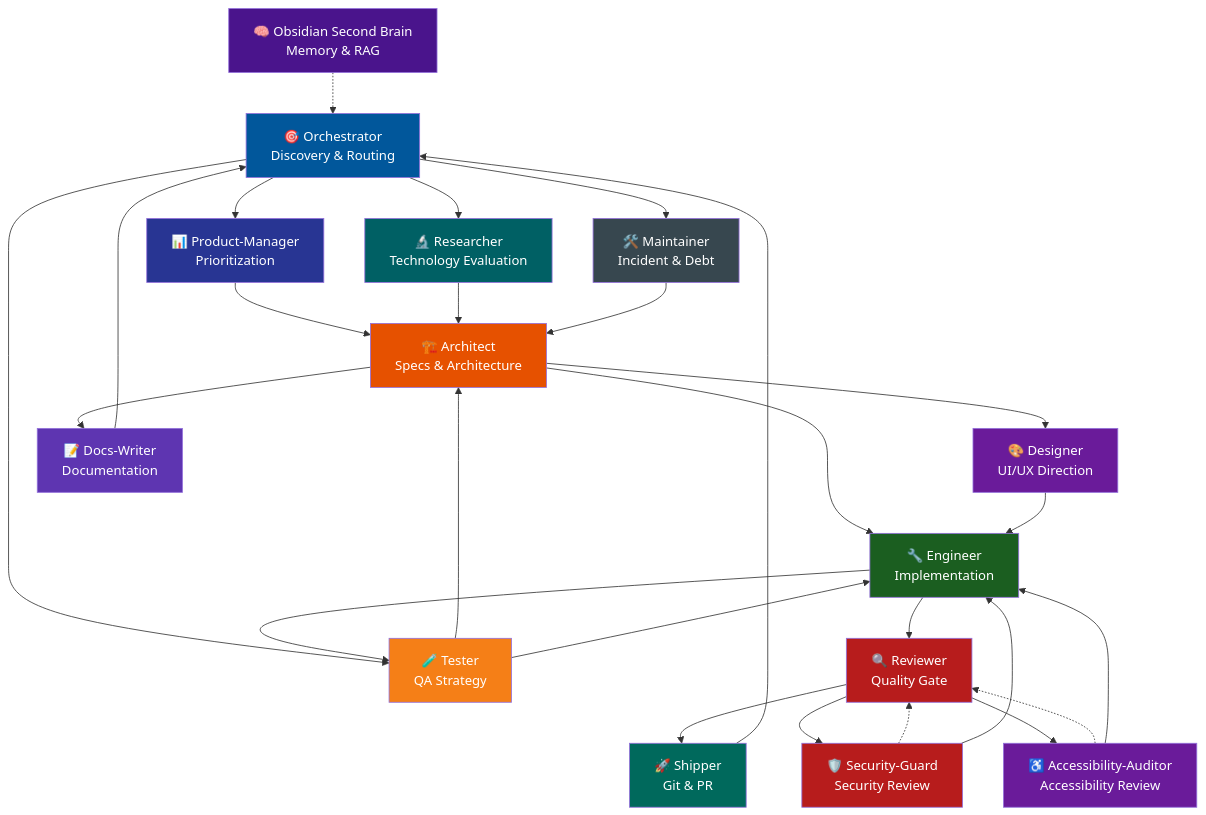
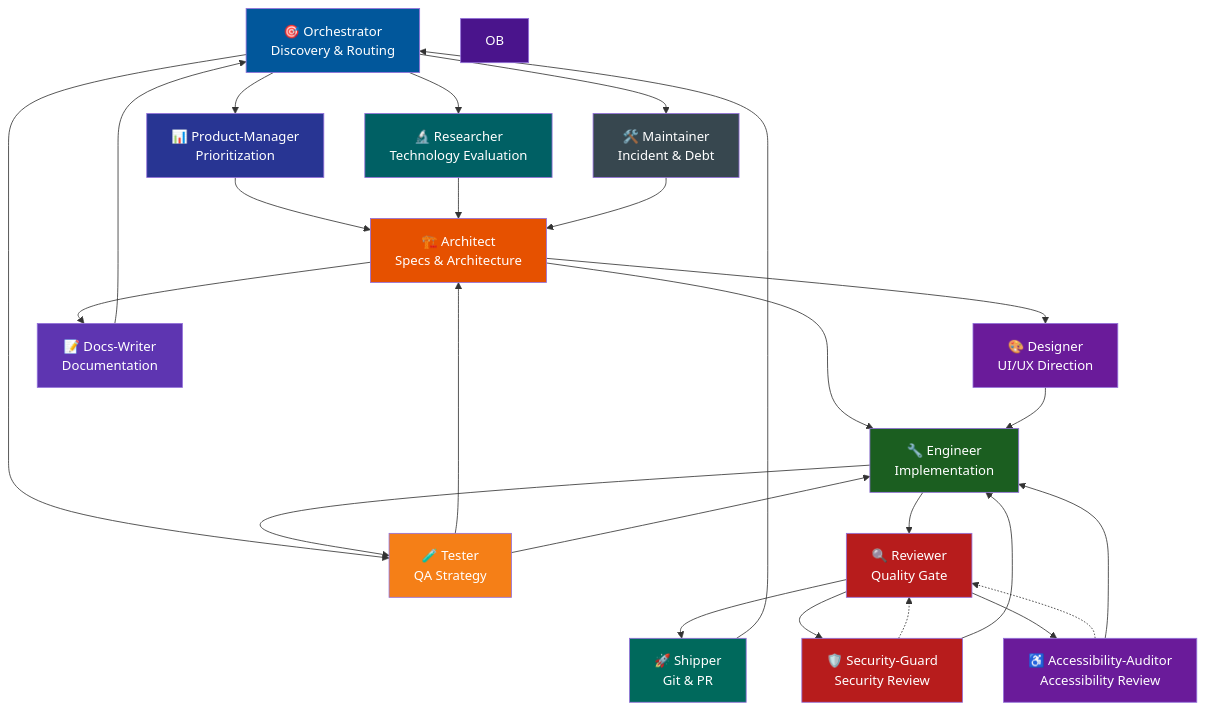
One commit to leorsousa05/CrewLoop changed the diagram in README.md. Above: the diagram before and after it, drawn with Mermaid. The commit also changed other lines of this file and 118 other files, not shown here.

````diff
--- a/README.md
+++ b/README.md
@@ -77,44 +76,43 @@
 ```mermaid
 flowchart TD
     O["🎯 Orchestrator<br>Discovery & Routing"]
     O --> PM["📊 Product-Manager<br>Prioritization"]
     O --> RS["🔬 Researcher<br>Technology Evaluation"]
     O --> MN["🛠️ Maintainer<br>Incident & Debt"]
     O --> T["🧪 Tester<br>QA Strategy"]
     PM --> A
     RS --> A
     MN --> A
     T --> A
     A["🏗️ Architect<br>Specs & Architecture"] --> D["🎨 Designer<br>UI/UX Direction"]
     A --> E["🔧 Engineer<br>Implementation"]
     A --> W["📝 Docs-Writer<br>Documentation"]
     D --> E
     E --> T
     T --> E
     E --> R["🔍 Reviewer<br>Quality Gate"]
     R --> S["🚀 Shipper<br>Git & PR"]
     S --> O
     W --> O
-    OB["🧠 Obsidian Second Brain<br>Memory & RAG"] -.-> O
     SG["🛡️ Security-Guard<br>Security Review"] -.-> R
     AA["♿ Accessibility-Auditor<br>Accessibility Review"] -.-> R
     R --> SG
     R --> AA
     SG --> E
     AA --> E
 
     style O fill:#01579b,color:#fff
     style A fill:#e65100,color:#fff
     style D fill:#6a1b9a,color:#fff
     style E fill:#1b5e20,color:#fff
     style R fill:#b71c1c,color:#fff
     style S fill:#00695c,color:#fff
     style W fill:#5e35b1,color:#fff
     style T fill:#f57f17,color:#fff
     style PM fill:#283593,color:#fff
     style RS fill:#006064,color:#fff
     style MN fill:#37474f,color:#fff
     style OB fill:#4a148c,color:#fff
     style SG fill:#b71c1c,color:#fff
     style AA fill:#6a1b9a,color:#fff
 ```
````
